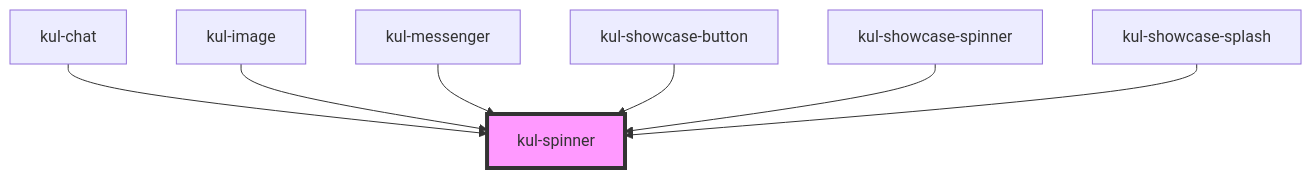
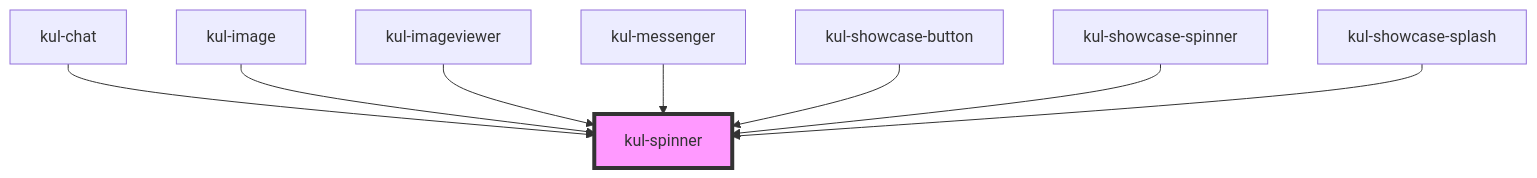
Before and after one commit to lucafoscili/ketchup-lite: the diagram in packages/ketchup-lite/src/components/kul-spinner/readme.md, drawn with Mermaid. The commit also changed other lines of this file and 29 other files, not shown here.

````diff
--- a/packages/ketchup-lite/src/components/kul-spinner/readme.md
+++ b/packages/ketchup-lite/src/components/kul-spinner/readme.md
@@ -103,10 +104,11 @@
 ```mermaid
 graph TD;
   kul-chat --> kul-spinner
   kul-image --> kul-spinner
+  kul-imageviewer --> kul-spinner
   kul-messenger --> kul-spinner
   kul-showcase-button --> kul-spinner
   kul-showcase-spinner --> kul-spinner
   kul-showcase-splash --> kul-spinner
   style kul-spinner fill:#f9f,stroke:#333,stroke-width:4px
 ```
````
